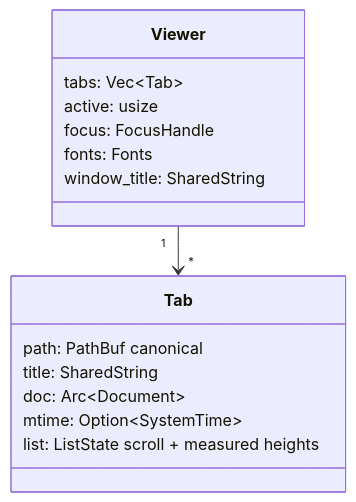
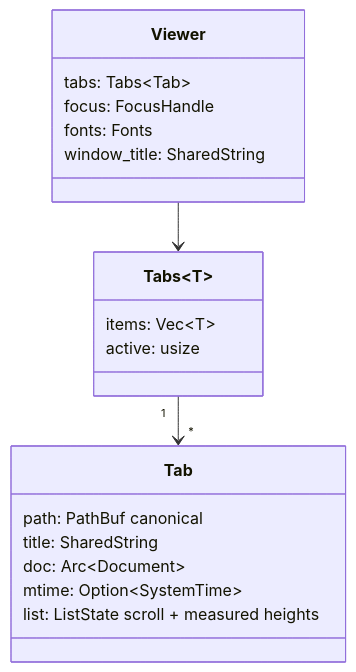
One commit to JorgeAgar/markdown-viewer-zed changed the third of 5 diagrams in docs/architecture.md. Above: the diagram before and after it, drawn with Mermaid. The commit also changed other lines of this file and 3 other files, not shown here.

First line of the commit message:
Extract the tab list into a tested Tabs<T>

````diff
--- a/docs/architecture.md
+++ b/docs/architecture.md
@@ -129,18 +132,22 @@
 ```mermaid
 classDiagram
     class Viewer {
-        tabs: Vec~Tab~
-        active: usize
+        tabs: Tabs~Tab~
         focus: FocusHandle
         fonts: Fonts
         window_title: SharedString
     }
     class Tab {
         path: PathBuf  canonical
         title: SharedString
         doc: Arc~Document~
         mtime: Option~SystemTime~
         list: ListState  scroll + measured heights
     }
-    Viewer "1" --> "*" Tab
+    class Tabs~T~ {
+        items: Vec~T~
+        active: usize
+    }
+    Viewer --> Tabs
+    Tabs "1" --> "*" Tab
 ```
````
